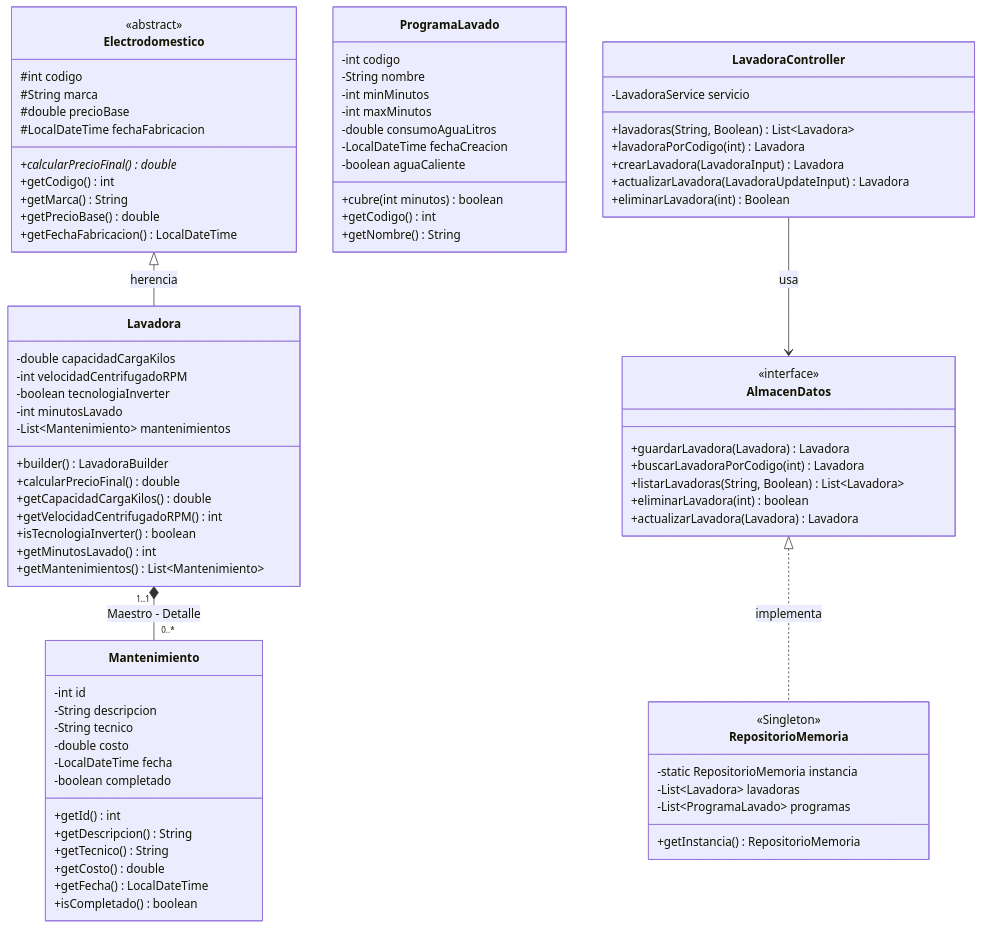
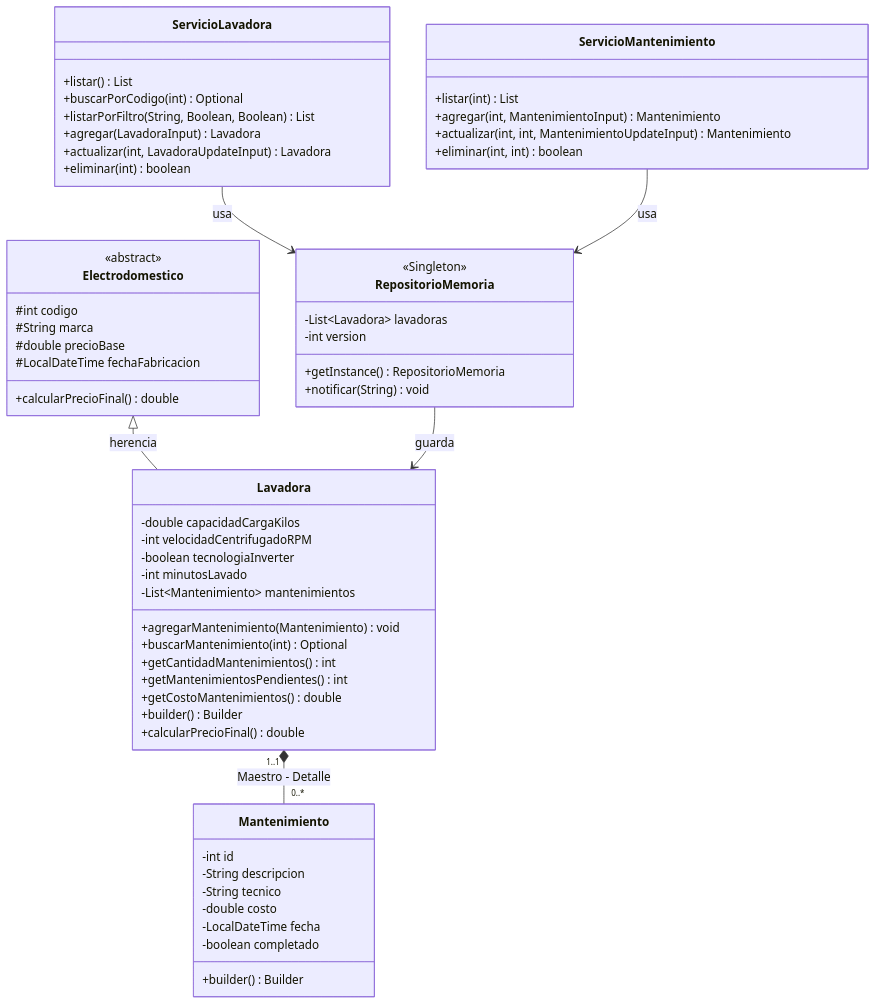
One commit to Arezsu/POCVoltia changed the diagram in README.md. Above: the diagram before and after it, drawn with Mermaid. The commit also changed other lines of this file and 117 other files, not shown here.

Commit message:
Implementacion de modelo Maestro-Detalle con Mantenimientos, reemplazo de cliente Python por ClienteWeb y actualizacion de documentacion

````diff
--- a/README.md
+++ b/README.md
@@ -32,11 +86,7 @@
         #String marca
         #double precioBase
         #LocalDateTime fechaFabricacion
-        +calcularPrecioFinal()* double
-        +getCodigo() int
-        +getMarca() String
-        +getPrecioBase() double
-        +getFechaFabricacion() LocalDateTime
+        +calcularPrecioFinal() double
     }
 
     class Lavadora {
@@ -45,13 +95,13 @@
         -boolean tecnologiaInverter
         -int minutosLavado
         -List~Mantenimiento~ mantenimientos
-        +builder() LavadoraBuilder
+        +agregarMantenimiento(Mantenimiento) void
+        +buscarMantenimiento(int) Optional
+        +getCantidadMantenimientos() int
+        +getMantenimientosPendientes() int
+        +getCostoMantenimientos() double
+        +builder() Builder
         +calcularPrecioFinal() double
-        +getCapacidadCargaKilos() double
-        +getVelocidadCentrifugadoRPM() int
-        +isTecnologiaInverter() boolean
-        +getMinutosLavado() int
-        +getMantenimientos() List~Mantenimiento~
     }
 
     class Mantenimiento {
@@ -61,55 +111,36 @@
         -double costo
         -LocalDateTime fecha
         -boolean completado
-        +getId() int
-        +getDescripcion() String
-        +getTecnico() String
-        +getCosto() double
-        +getFecha() LocalDateTime
-        +isCompletado() boolean
-    }
-
-    class ProgramaLavado {
-        -int codigo
-        -String nombre
-        -int minMinutos
-        -int maxMinutos
-        -double consumoAguaLitros
-        -LocalDateTime fechaCreacion
-        -boolean aguaCaliente
-        +cubre(int minutos) boolean
-        +getCodigo() int
-        +getNombre() String
-    }
-
-    class AlmacenDatos {
-        <<interface>>
-        +guardarLavadora(Lavadora) Lavadora
-        +buscarLavadoraPorCodigo(int) Lavadora
-        +listarLavadoras(String, Boolean) List~Lavadora~
-        +eliminarLavadora(int) boolean
-        +actualizarLavadora(Lavadora) Lavadora
+        +builder() Builder
     }
 
     class RepositorioMemoria {
         <<Singleton>>
-        -static RepositorioMemoria instancia
         -List~Lavadora~ lavadoras
-        -List~ProgramaLavado~ programas
-        +getInstancia() RepositorioMemoria
+        -int version
+        +getInstance() RepositorioMemoria
+        +notificar(String) void
     }
 
-    class LavadoraController {
-        -LavadoraService servicio
-        +lavadoras(String, Boolean) List~Lavadora~
-        +lavadoraPorCodigo(int) Lavadora
-        +crearLavadora(LavadoraInput) Lavadora
-        +actualizarLavadora(LavadoraUpdateInput) Lavadora
-        +eliminarLavadora(int) Boolean
+    class ServicioLavadora {
+        +listar() List
+        +buscarPorCodigo(int) Optional
+        +listarPorFiltro(String, Boolean, Boolean) List
+        +agregar(LavadoraInput) Lavadora
+        +actualizar(int, LavadoraUpdateInput) Lavadora
+        +eliminar(int) boolean
+    }
+
+    class ServicioMantenimiento {
+        +listar(int) List
+        +agregar(int, MantenimientoInput) Mantenimiento
+        +actualizar(int, int, MantenimientoUpdateInput) Mantenimiento
+        +eliminar(int, int) boolean
     }
 
     Electrodomestico <|-- Lavadora : herencia
     Lavadora "1..1" *-- "0..*" Mantenimiento : Maestro - Detalle
-    AlmacenDatos <|.. RepositorioMemoria : implementa
-    LavadoraController --> AlmacenDatos : usa
+    RepositorioMemoria --> Lavadora : guarda
+    ServicioLavadora --> RepositorioMemoria : usa
+    ServicioMantenimiento --> RepositorioMemoria : usa
 ```
````
